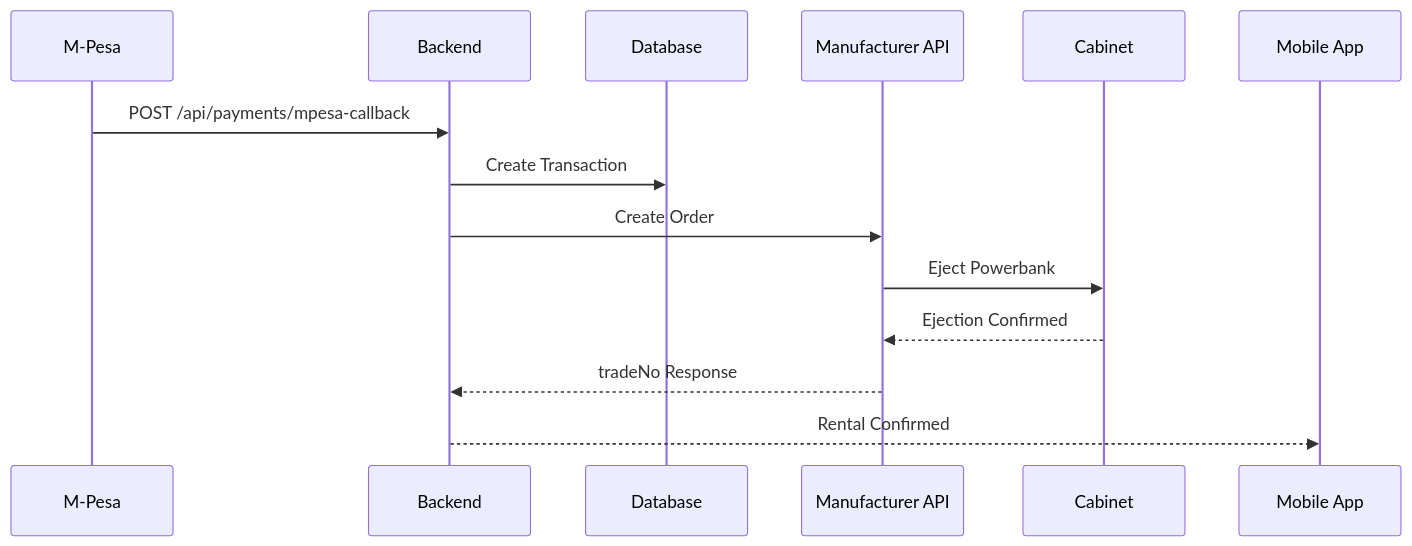
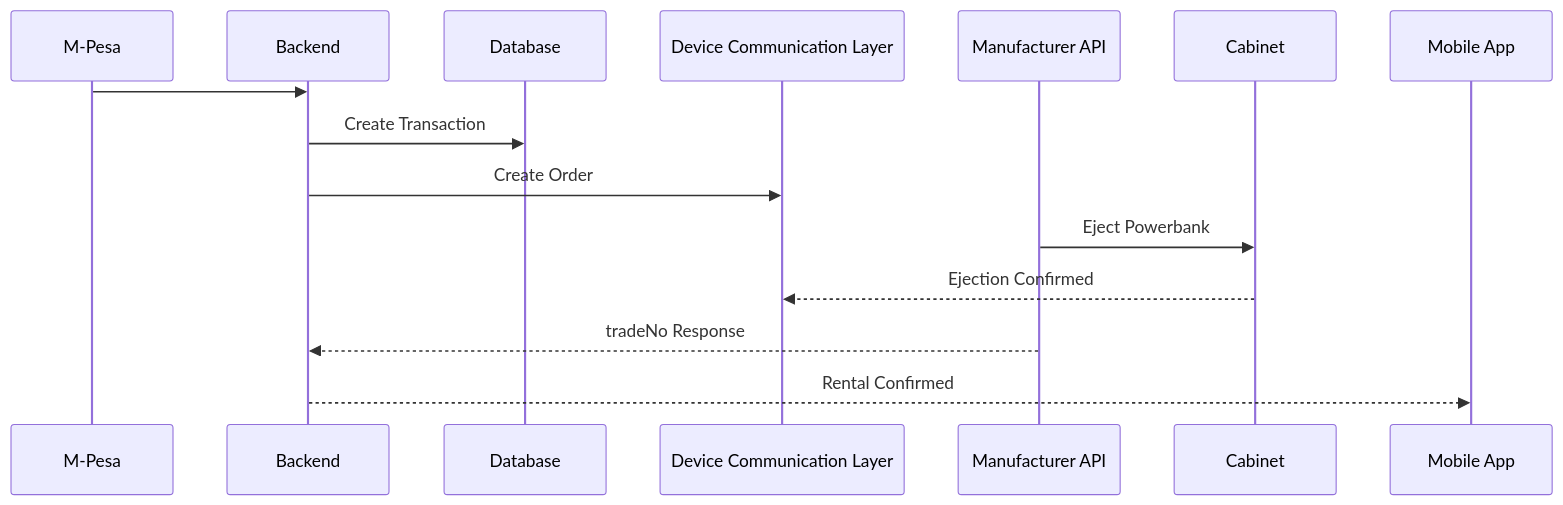
Before and after one commit to chargebyte-africa/chargebyte-csmp: the second of 3 diagrams in README.md, drawn with Mermaid. The commit also changed other lines of this file, not shown here.

````diff
--- a/README.md
+++ b/README.md
@@ -219,10 +165,10 @@
 ```mermaid
 sequenceDiagram
-    M-Pesa->>Backend: POST /api/payments/mpesa-callback
+    M-Pesa->>Backend: 
     Backend->>Database: Create Transaction
-    Backend->>Manufacturer API: Create Order
+    Backend->>Device Communication Layer: Create Order
     Manufacturer API->>Cabinet: Eject Powerbank
-    Cabinet-->>Manufacturer API: Ejection Confirmed
+    Cabinet-->>Device Communication Layer: Ejection Confirmed
     Manufacturer API-->>Backend: tradeNo Response
     Backend-->>Mobile App: Rental Confirmed
 ```
````
